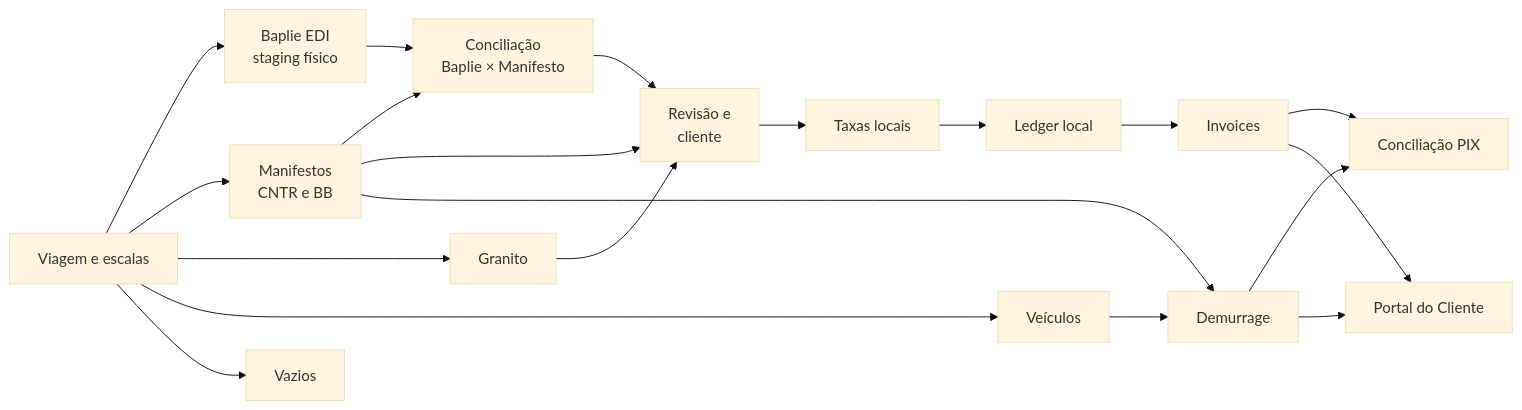
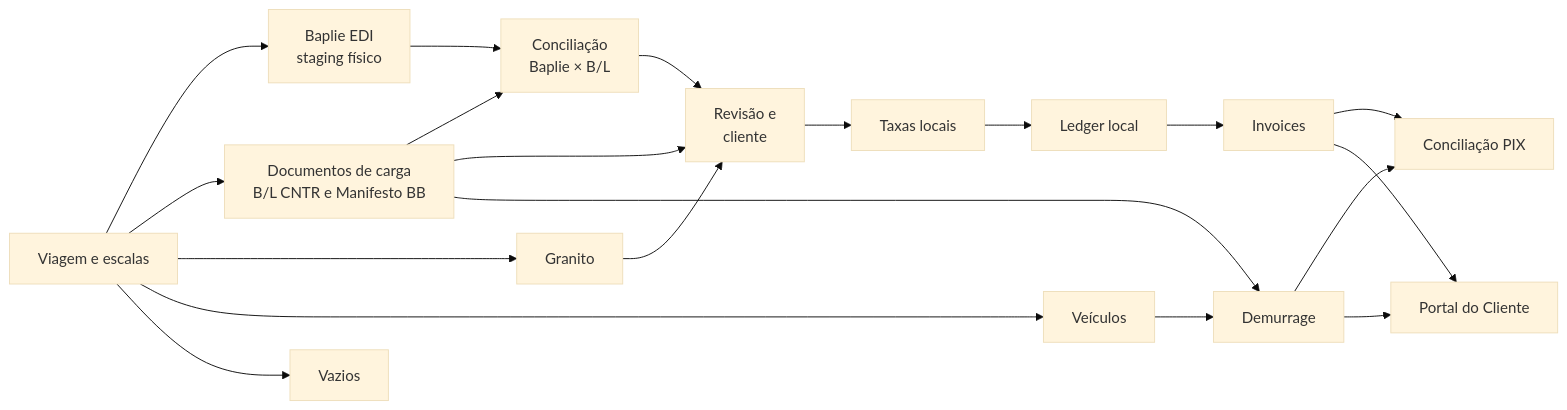
One commit to luccafwlog/transhippingdesk changed the second of 2 diagrams in docs/ARCHITECTURE.md. Above: the diagram before and after it, drawn with Mermaid (base theme). The commit also changed other lines of this file and 18 other files, not shown here.

````diff
--- a/docs/ARCHITECTURE.md
+++ b/docs/ARCHITECTURE.md
@@ -119,37 +119,37 @@
 ```mermaid
 flowchart LR
     Voyage["Viagem e escalas"]
     Baplie["Baplie EDI<br/>staging físico"]
-    Manifest["Manifestos<br/>CNTR e BB"]
+    Manifest["Documentos de carga<br/>B/L CNTR e Manifesto BB"]
     Granite["Granito"]
     Vehicles["Veículos"]
     Empty["Vazios"]
-    Reconcile["Conciliação<br/>Baplie × Manifesto"]
+    Reconcile["Conciliação<br/>Baplie × B/L"]
     Review["Revisão e<br/>cliente"]
     Charges["Taxas locais"]
     Ledger["Ledger local"]
     Invoice["Invoices"]
     Demurrage["Demurrage"]
     Pix["Conciliação PIX"]
     ClientPortal["Portal do Cliente"]
 
     Voyage --> Baplie
     Voyage --> Manifest
     Voyage --> Granite
     Voyage --> Vehicles
     Voyage --> Empty
     Baplie --> Reconcile
     Manifest --> Reconcile
     Reconcile --> Review
     Manifest --> Review
     Granite --> Review
     Review --> Charges
     Charges --> Ledger
     Ledger --> Invoice
     Vehicles --> Demurrage
     Manifest --> Demurrage
     Demurrage --> Pix
     Invoice --> Pix
     Invoice --> ClientPortal
     Demurrage --> ClientPortal
 ```
````
